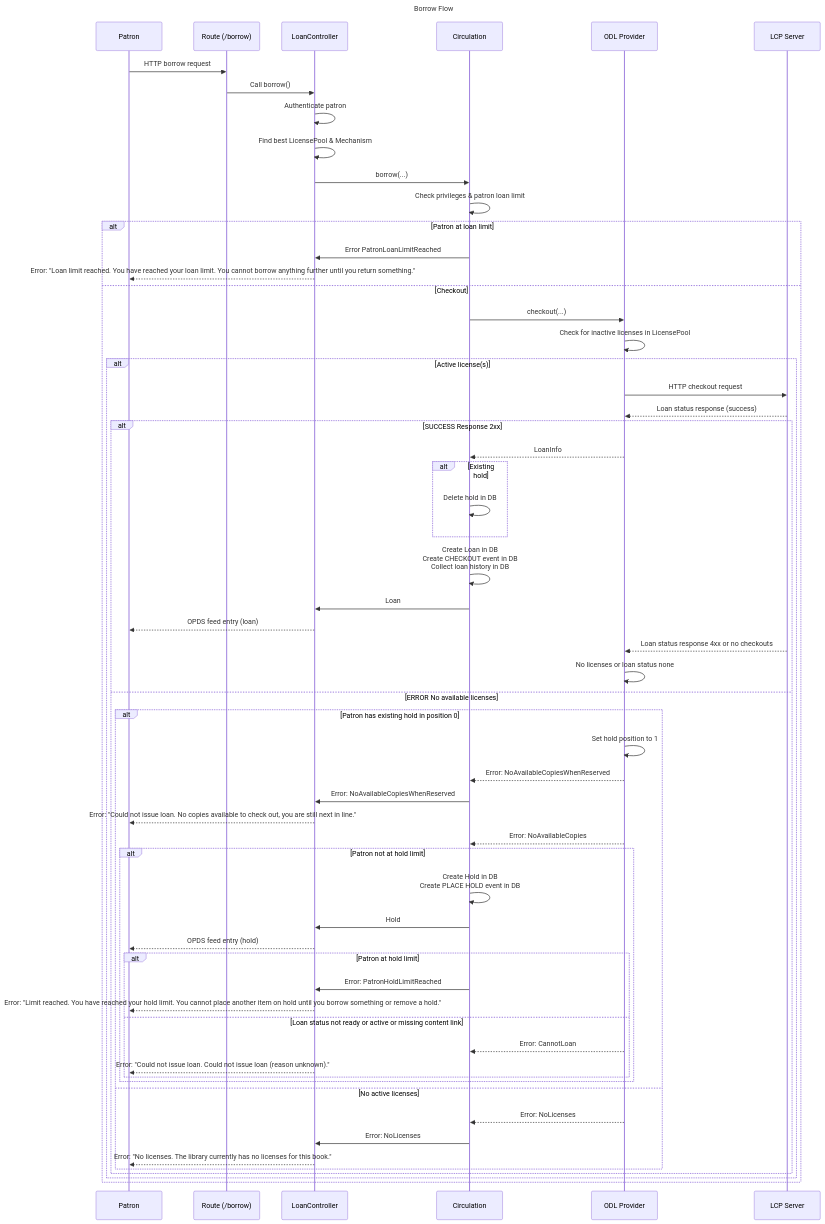
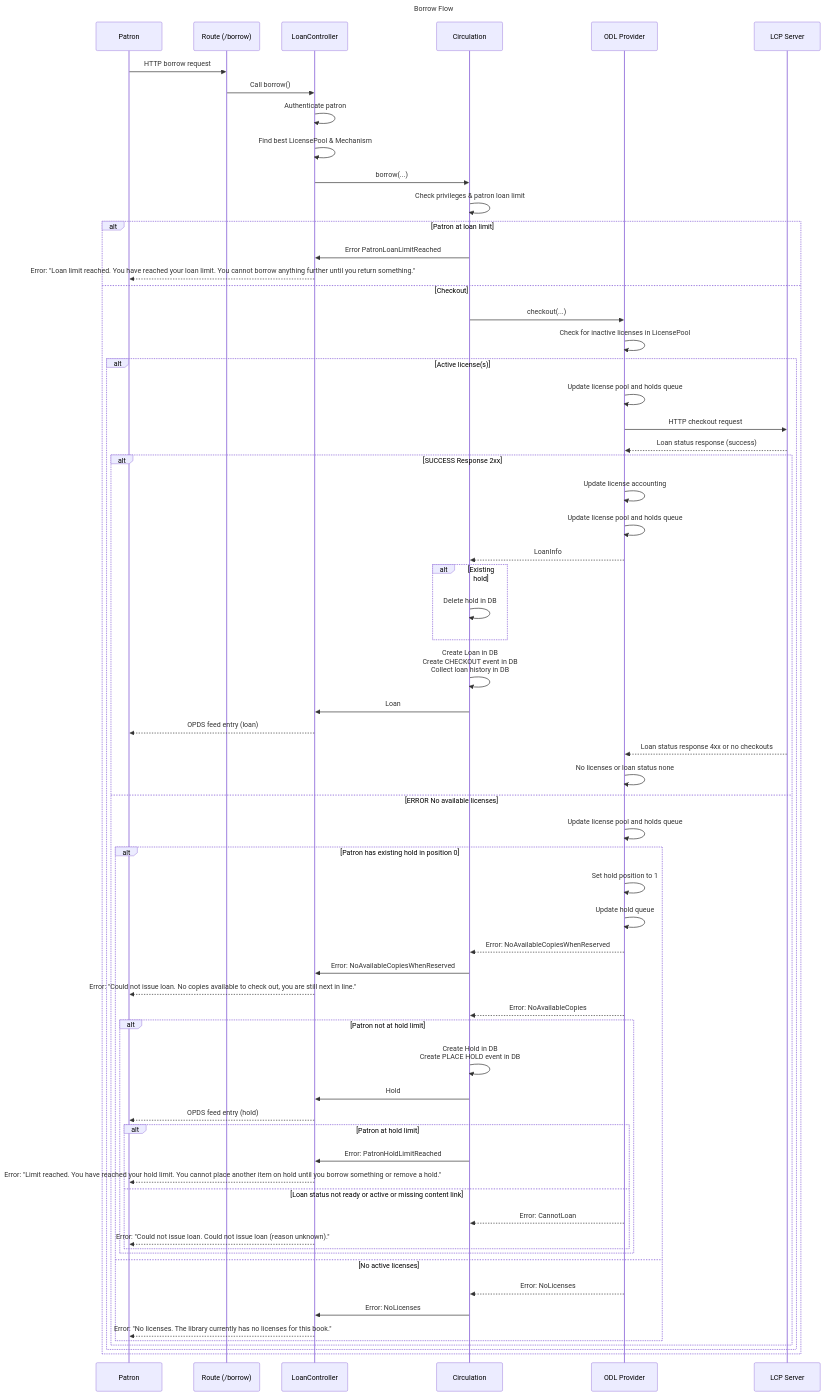
The diagram in docs/diagrams/borrow_flow.md (NatLibFi/ekirjasto-circulation), drawn with Mermaid before and after one commit.

Commit message:
Update accounting details

````diff
--- a/docs/diagrams/borrow_flow.md
+++ b/docs/diagrams/borrow_flow.md
@@ -1,63 +1,68 @@
 ```mermaid
 sequenceDiagram
 title Borrow Flow
     participant Patron
     participant FlaskRoute as Route (/borrow)
     participant LoanController
     participant CirculationAPI as Circulation
     participant ODLAPI as ODL Provider
     participant ODLServer as LCP Server
 
     Patron->>FlaskRoute: HTTP borrow request
     FlaskRoute->>LoanController: Call borrow()
     LoanController->>LoanController: Authenticate patron
     LoanController->>LoanController: Find best LicensePool & Mechanism
     LoanController->>CirculationAPI: borrow(...)
     CirculationAPI->>CirculationAPI: Check privileges & patron loan limit
     alt Patron at loan limit
         CirculationAPI->>LoanController: Error PatronLoanLimitReached
         LoanController-->>Patron: Error: "Loan limit reached. You have reached your loan limit. You cannot borrow anything further until you return something."
     else Checkout
         CirculationAPI->>ODLAPI: checkout(...)
         ODLAPI->>ODLAPI: Check for inactive licenses in LicensePool
         alt Active license(s)
+            ODLAPI->>ODLAPI: Update license pool and holds queue
             ODLAPI->>ODLServer: HTTP checkout request
             ODLServer-->>ODLAPI: Loan status response (success)
             alt SUCCESS Response 2xx
+                ODLAPI->>ODLAPI: Update license accounting
+                ODLAPI->>ODLAPI: Update license pool and holds queue
                 ODLAPI-->>CirculationAPI: LoanInfo
                 alt Existing hold
                     CirculationAPI->>CirculationAPI: Delete hold in DB
                 end
                 CirculationAPI->>CirculationAPI: Create Loan in DB<br/>Create CHECKOUT event in DB<br/>Collect loan history in DB
                 CirculationAPI->>LoanController: Loan
                 LoanController-->>Patron: OPDS feed entry (loan)
             ODLServer-->>ODLAPI: Loan status response 4xx or no checkouts
             ODLAPI ->> ODLAPI: No licenses or loan status none
             else ERROR No available licenses
+                ODLAPI->>ODLAPI: Update license pool and holds queue
                 alt Patron has existing hold in position 0
                     ODLAPI->>ODLAPI: Set hold position to 1
+                    ODLAPI->>ODLAPI: Update hold queue
                     ODLAPI-->>CirculationAPI: Error: NoAvailableCopiesWhenReserved
                     CirculationAPI->>LoanController: Error: NoAvailableCopiesWhenReserved
                     LoanController-->>Patron: Error: "Could not issue loan. No copies available to check out, you are still next in line."
                 ODLAPI-->>CirculationAPI: Error: NoAvailableCopies
                 alt Patron not at hold limit
                     CirculationAPI->>CirculationAPI: Create Hold in DB<br/>Create PLACE HOLD event in DB
                     CirculationAPI->>LoanController: Hold
                     LoanController-->>Patron: OPDS feed entry (hold)
                 alt Patron at hold limit
                     CirculationAPI->>LoanController: Error: PatronHoldLimitReached
                     LoanController-->>Patron: Error: "Limit reached. You have reached your hold limit. You cannot place another item on hold until you borrow something or remove a hold."
                 else Loan status not ready or active or missing content link
                     ODLAPI-->>CirculationAPI: Error: CannotLoan
                     LoanController-->>Patron: Error: "Could not issue loan. Could not issue loan (reason unknown)."
                 end
             end
         else No active licenses
             ODLAPI-->>CirculationAPI: Error: NoLicenses
                 CirculationAPI->>LoanController: Error: NoLicenses
                 LoanController-->>Patron: Error: "No licenses. The library currently has no licenses for this book."
             end
         end
     end
 end
 ```
````
